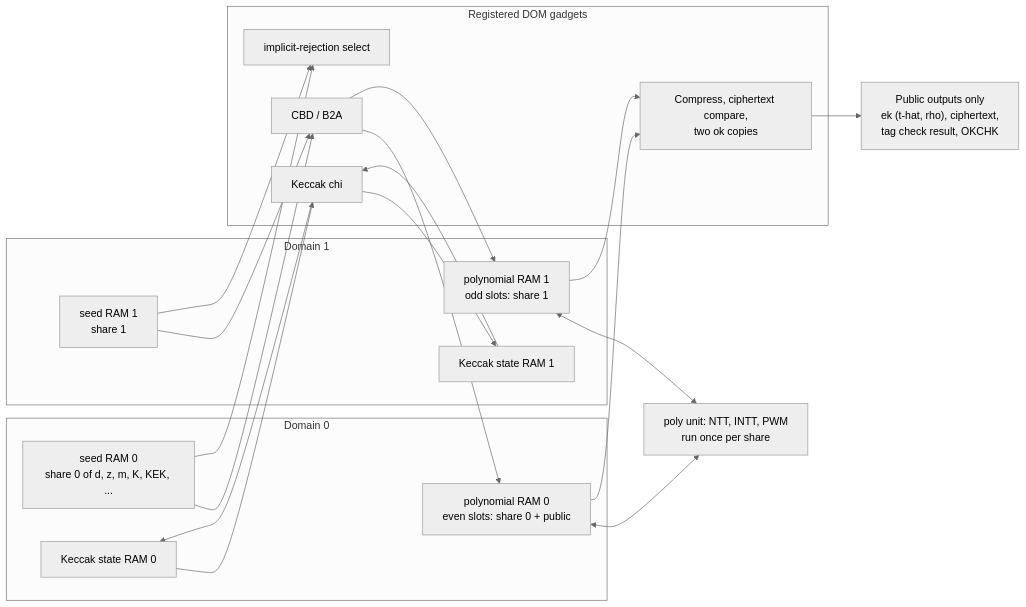
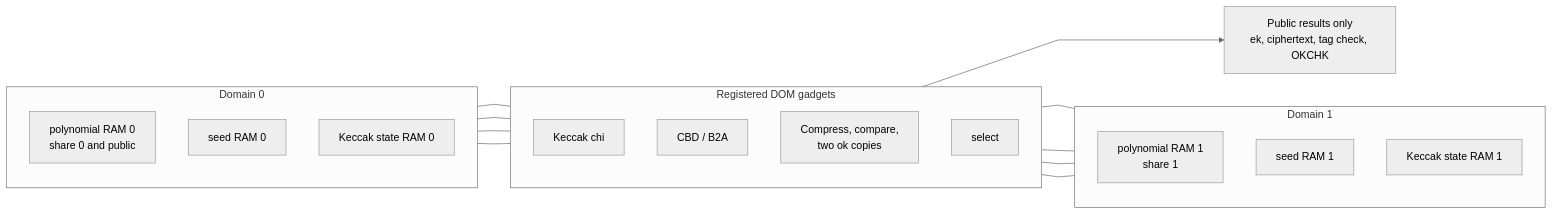
One commit to DH1252/mlkem_hls changed the third of 12 diagrams in docs/PQSE_diagrams.md. Above: the diagram before and after it, drawn with Mermaid (neutral theme). The commit also changed other lines of this file, not shown here.

First line of the commit message:
docs: restructure the diagrams, straight edges, plainer text

````diff
--- a/docs/PQSE_diagrams.md
+++ b/docs/PQSE_diagrams.md
@@ -99,36 +110,29 @@
 ```mermaid
+%%{init: {"flowchart": {"curve": "linear"}}}%%
 flowchart LR
-    subgraph d0["Domain 0"]
-        pm0["polynomial RAM 0<br/>even slots: share 0 + public"]
-        sd0["seed RAM 0<br/>share 0 of d, z, m, K, KEK, ..."]
+    subgraph D0["Domain 0"]
+        direction TB
+        pm0["polynomial RAM 0<br/>share 0 and public"]
+        sd0["seed RAM 0"]
         ks0["Keccak state RAM 0"]
     end
-    subgraph d1["Domain 1"]
-        pm1["polynomial RAM 1<br/>odd slots: share 1"]
-        sd1["seed RAM 1<br/>share 1"]
+    subgraph G["Registered DOM gadgets"]
+        direction TB
+        chi["Keccak chi"]
+        b2a["CBD / B2A"]
+        cmp["Compress, compare,<br/>two ok copies"]
+        sel["select"]
+    end
+    subgraph D1["Domain 1"]
+        direction TB
+        pm1["polynomial RAM 1<br/>share 1"]
+        sd1["seed RAM 1"]
         ks1["Keccak state RAM 1"]
     end
-    subgraph gad["Registered DOM gadgets"]
-        chi["Keccak chi"]
-        b2a["CBD / B2A"]
-        cmp["Compress, ciphertext compare,<br/>two ok copies"]
-        sel["implicit-rejection select"]
-    end
-    pub["Public outputs only<br/>ek (t-hat, rho), ciphertext,<br/>tag check result, OKCHK"]
-    ntt["poly unit: NTT, INTT, PWM<br/>run once per share"]
-    pm0 <--> ntt
-    pm1 <--> ntt
-    ks0 --> chi
-    ks1 --> chi
-    sd0 --> b2a
-    sd1 --> b2a
-    pm0 --> cmp
-    pm1 --> cmp
-    sd0 --> sel
-    sd1 --> sel
-    chi --> ks0
-    chi --> ks1
-    b2a --> pm0
-    b2a --> pm1
+    pub["Public results only<br/>ek, ciphertext, tag check, OKCHK"]
+    ks0 --- chi --- ks1
+    sd0 --- b2a --- sd1
+    pm0 --- cmp --- pm1
+    sd0 --- sel --- sd1
     cmp --> pub
 ```
````
